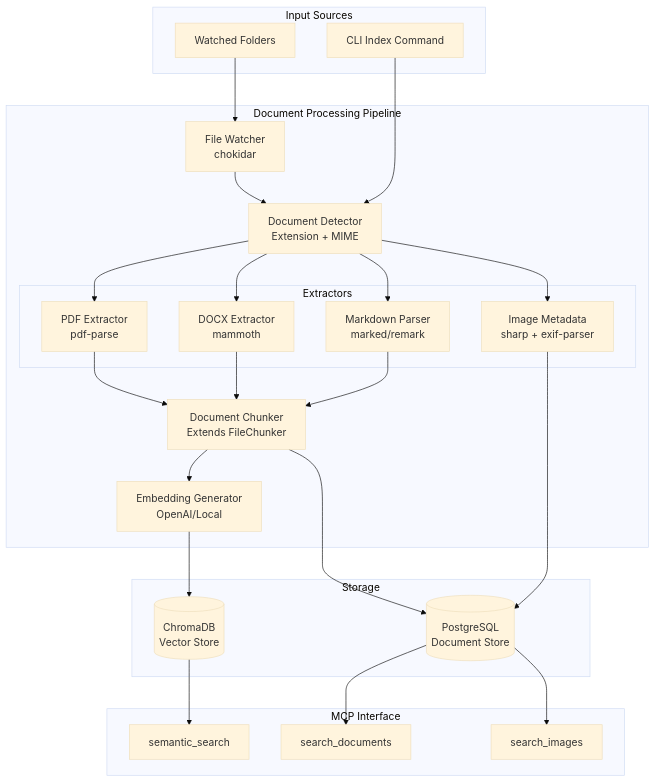
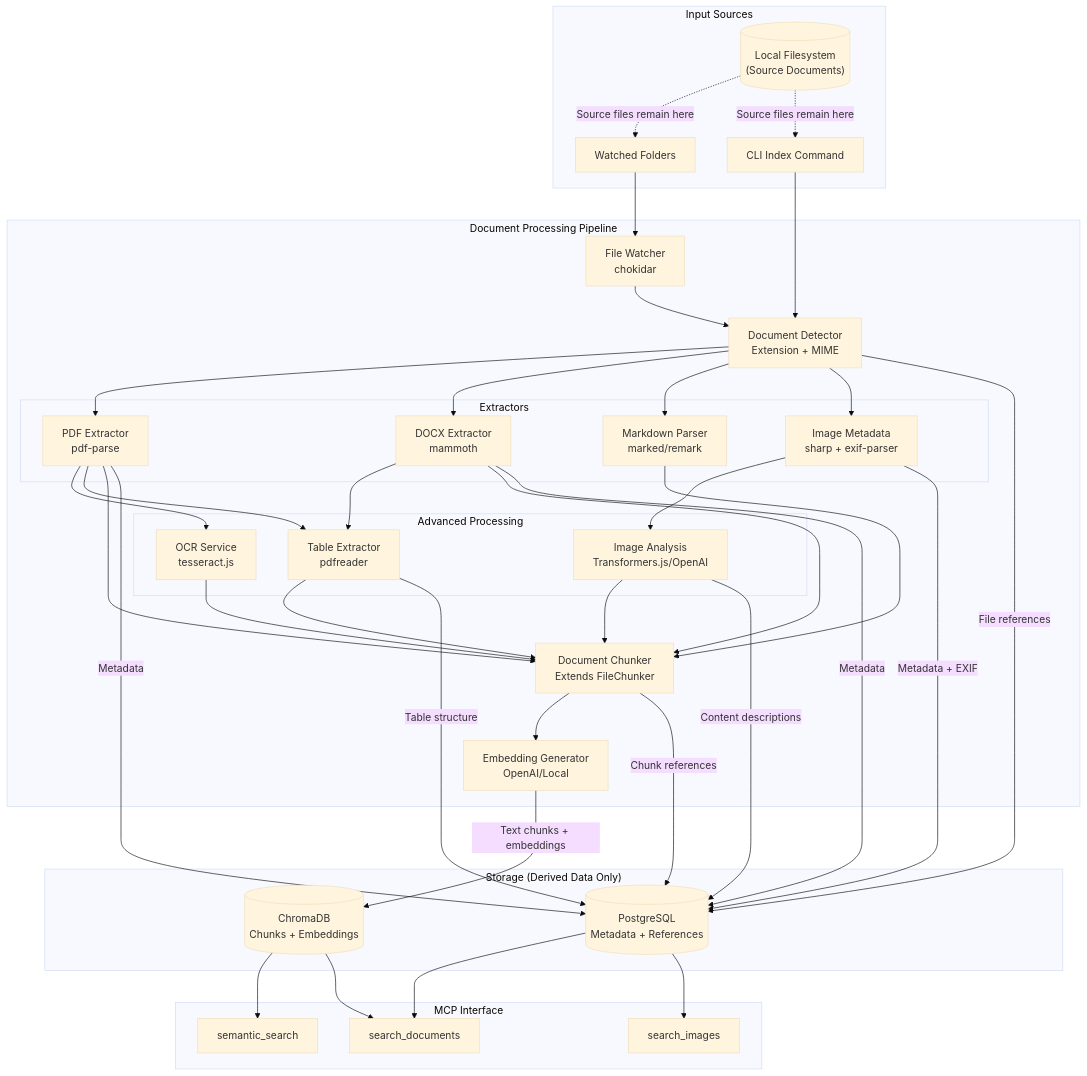
One commit to sethships/PersonalKnowledgeMCP changed the first of 2 diagrams in docs/pm/Phase6-Document-Ingestion-PRD.md. Above: the diagram before and after it, drawn with Mermaid (base theme). The commit also changed other lines of this file, not shown here.

First line of the commit message:
docs: clarify PostgreSQL storage architecture in Phase 6 PRD

````diff
--- a/docs/pm/Phase6-Document-Ingestion-PRD.md
+++ b/docs/pm/Phase6-Document-Ingestion-PRD.md
@@ -480,55 +808,79 @@
 ```mermaid
 flowchart TB
     subgraph "Input Sources"
+        FS[("Local Filesystem<br/>(Source Documents)")]
         WF[Watched Folders]
         CLI[CLI Index Command]
     end
 
     subgraph "Document Processing Pipeline"
         FW[File Watcher<br/>chokidar]
         DET[Document Detector<br/>Extension + MIME]
 
         subgraph "Extractors"
             PDF[PDF Extractor<br/>pdf-parse]
             DOCX[DOCX Extractor<br/>mammoth]
             MD[Markdown Parser<br/>marked/remark]
             IMG[Image Metadata<br/>sharp + exif-parser]
         end
 
+        subgraph "Advanced Processing"
+            OCR[OCR Service<br/>tesseract.js]
+            TBL[Table Extractor<br/>pdfreader]
+            ICA[Image Analysis<br/>Transformers.js/OpenAI]
+        end
+
         CHK[Document Chunker<br/>Extends FileChunker]
         EMB[Embedding Generator<br/>OpenAI/Local]
     end
 
-    subgraph "Storage"
-        CDB[(ChromaDB<br/>Vector Store)]
-        PG[(PostgreSQL<br/>Document Store)]
+    subgraph "Storage (Derived Data Only)"
+        CDB[(ChromaDB<br/>Chunks + Embeddings)]
+        PG[(PostgreSQL<br/>Metadata + References)]
     end
 
     subgraph "MCP Interface"
         SS[semantic_search]
         SD[search_documents]
         SI[search_images]
     end
 
+    FS -.->|"Source files remain here"| WF
+    FS -.->|"Source files remain here"| CLI
     WF --> FW
     CLI --> DET
     FW --> DET
 
     DET --> PDF
     DET --> DOCX
     DET --> MD
     DET --> IMG
 
+    PDF --> OCR
+    PDF --> TBL
+    DOCX --> TBL
+    IMG --> ICA
+
     PDF --> CHK
     DOCX --> CHK
     MD --> CHK
-    IMG --> PG
+    OCR --> CHK
+    TBL --> CHK
+    ICA --> CHK
 
     CHK --> EMB
-    EMB --> CDB
-    CHK --> PG
+    EMB -->|"Text chunks + embeddings"| CDB
+
+    DET -->|"File references"| PG
+    PDF -->|"Metadata"| PG
+    DOCX -->|"Metadata"| PG
+    IMG -->|"Metadata + EXIF"| PG
+    TBL -->|"Table structure"| PG
+    ICA -->|"Content descriptions"| PG
+    CHK -->|"Chunk references"| PG
 
     CDB --> SS
+    CDB --> SD
     PG --> SD
     PG --> SI
 ```
````
